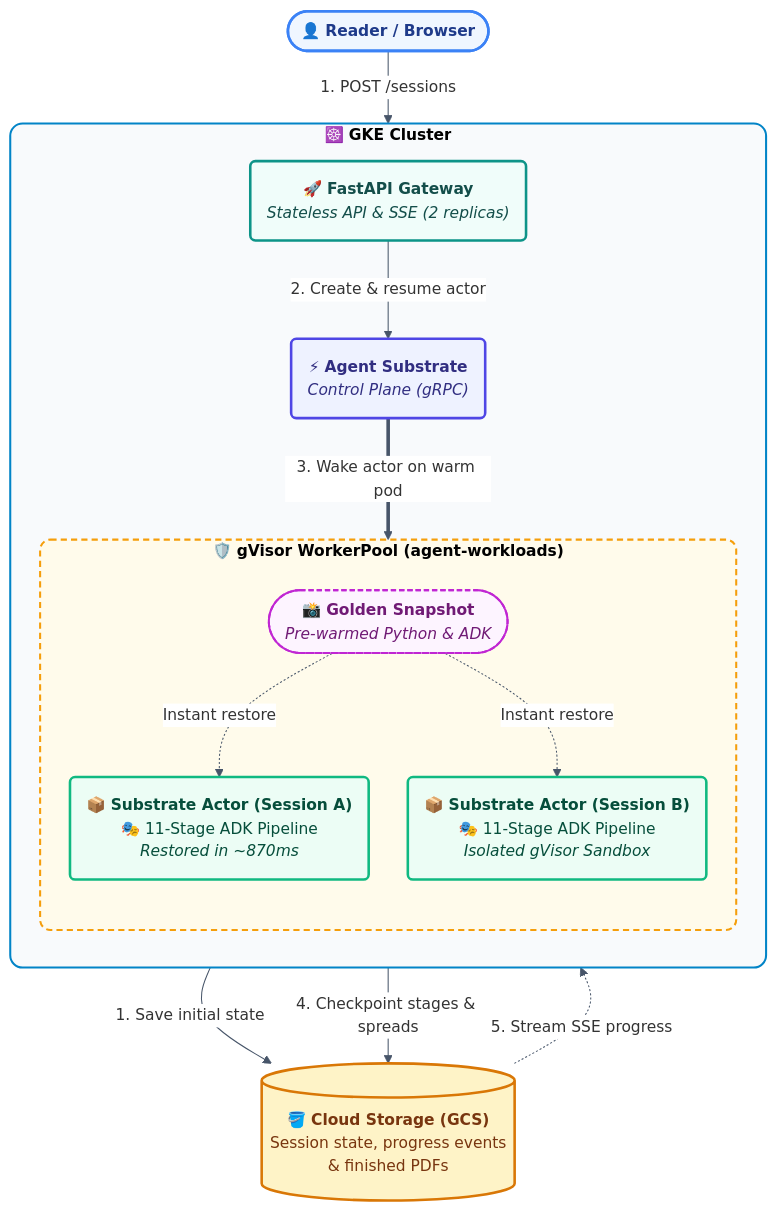
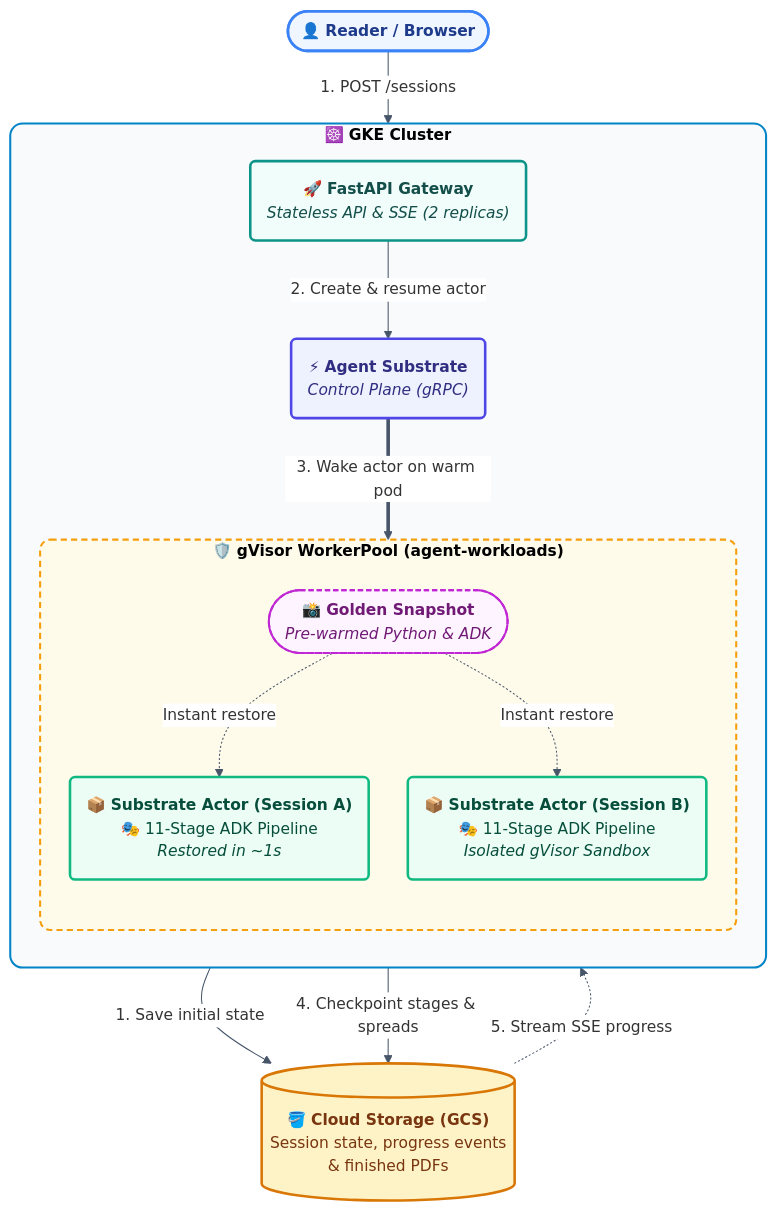
Before and after one commit to arbrown/wasd: the diagram in static/images/substrate-asp/substrate-architecture.mmd, drawn with Mermaid. The commit also changed 3 other files, not shown here.

```diff
--- a/static/images/substrate-asp/substrate-architecture.mmd
+++ b/static/images/substrate-asp/substrate-architecture.mmd
@@ -1,62 +1,62 @@
 ---
 config:
   theme: base
   flowchart:
     curve: basis
     rankSpacing: 48
     nodeSpacing: 38
     padding: 16
     wrappingWidth: 260
   themeVariables:
     background: '#ffffff'
     primaryColor: '#ffffff'
     lineColor: '#475569'
     fontFamily: '"Comic Sans MS", "Chalkboard SE", cursive'
     fontSize: 15px
 ---
 flowchart TB
     User(["👤 <b>Reader / Browser</b>"])
 
     subgraph GKE ["☸️ <b>GKE Cluster</b>"]
         direction TB
 
         Gateway("🚀 <b>FastAPI Gateway</b><br/><i>Stateless API & SSE (2 replicas)</i>")
         Substrate("⚡ <b>Agent Substrate</b><br/><i>Control Plane (gRPC)</i>")
 
         subgraph POOL ["🛡️ <b>gVisor WorkerPool (agent-workloads)</b>"]
             direction TB
             Snap(["📸 <b>Golden Snapshot</b><br/><i>Pre-warmed Python & ADK</i>"])
-            Actor1("📦 <b>Substrate Actor (Session A)</b><br/>🎭 11-Stage ADK Pipeline<br/><i>Restored in ~870ms</i>")
+            Actor1("📦 <b>Substrate Actor (Session A)</b><br/>🎭 11-Stage ADK Pipeline<br/><i>Restored in ~1s</i>")
             Actor2("📦 <b>Substrate Actor (Session B)</b><br/>🎭 11-Stage ADK Pipeline<br/><i>Isolated gVisor Sandbox</i>")
 
             Snap -.->|"Instant restore"| Actor1
             Snap -.->|"Instant restore"| Actor2
         end
 
         Gateway -->|"2. Create & resume actor"| Substrate
         Substrate ==>|"3. Wake actor on warm pod"| Actor1
     end
 
     GCS[("🪣 <b>Cloud Storage (GCS)</b><br/>Session state, progress events<br/>& finished PDFs")]
 
     User -->|"1. POST /sessions"| Gateway
     Gateway -->|"1. Save initial state"| GCS
     Actor1 -->|"4. Checkpoint stages & spreads"| GCS
     GCS -.->|"5. Stream SSE progress"| Gateway
 
     classDef userStyle fill:#EFF6FF,stroke:#3B82F6,stroke-width:2.5px,color:#1E3A8A;
     classDef gwStyle fill:#F0FDFA,stroke:#0D9488,stroke-width:2.5px,color:#134E4A;
     classDef subStyle fill:#EEF2FF,stroke:#4F46E5,stroke-width:2.5px,color:#312E81;
     classDef snapStyle fill:#FDF4FF,stroke:#C026D3,stroke-width:2px,stroke-dasharray: 5 3,color:#701A75;
     classDef actorStyle fill:#ECFDF5,stroke:#10B981,stroke-width:2.5px,color:#064E3B;
     classDef gcsStyle fill:#FEF3C7,stroke:#D97706,stroke-width:2.5px,color:#78350F;
 
     class User userStyle;
     class Gateway gwStyle;
     class Substrate subStyle;
     class Snap snapStyle;
     class Actor1,Actor2 actorStyle;
     class GCS gcsStyle;
 
     style GKE fill:#F8FAFC,stroke:#0284C7,stroke-width:2px,rx:12,ry:12;
     style POOL fill:#FFFBEB,stroke:#F59E0B,stroke-width:2px,stroke-dasharray: 6 4,rx:10,ry:10;
```
